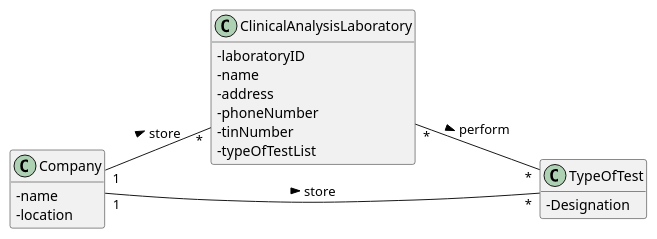
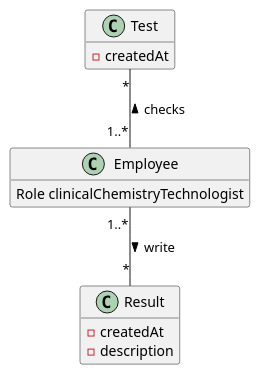
The diagram in docs/SprintC/US12/UC12_MD.puml (GuilhermeCunha79/lapr2), drawn with PlantUML before and after one commit. The commit also changed 13 other files, not shown here.

```diff
--- a/docs/SprintC/US12/UC12_MD.puml
+++ b/docs/SprintC/US12/UC12_MD.puml
@@ -1,34 +1,22 @@
 @startuml
+
 hide methods
-left to right direction
-skinparam classAttributeIconSize 0
 
-
-class Company {
-  -name
-  -location
+class Employee {
+    Role clinicalChemistryTechnologist
 }
 
-
-
-
-class ClinicalAnalysisLaboratory {
-  -laboratoryID
-  -name
-  -address
-  -phoneNumber
-  -tinNumber
-  -typeOfTestList
+class Test {
+    -createdAt
 }
 
-class TypeOfTest {
-  -Designation
+class Result {
+    -createdAt
+    -description
 }
 
-
-Company "1" -- "*" ClinicalAnalysisLaboratory : store >
-Company"1" -- "*" TypeOfTest : store >
-ClinicalAnalysisLaboratory "*" -- "*" TypeOfTest : perform >
+Employee"1..*" -- "*"Result : "> write"
+Employee"1..*" -up- "*"Test : "> checks"
 
 
 @enduml
```
